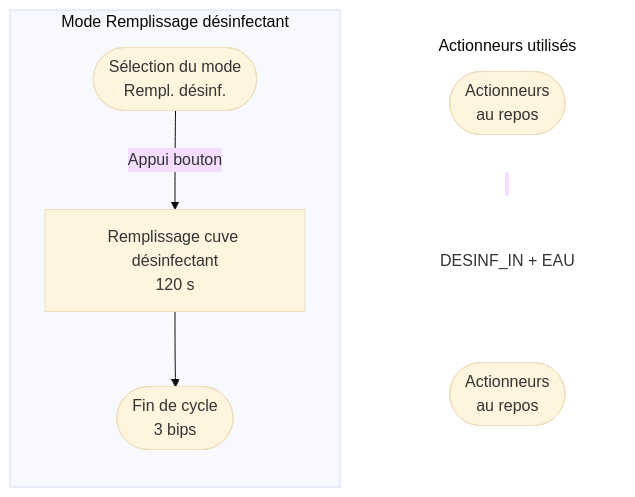
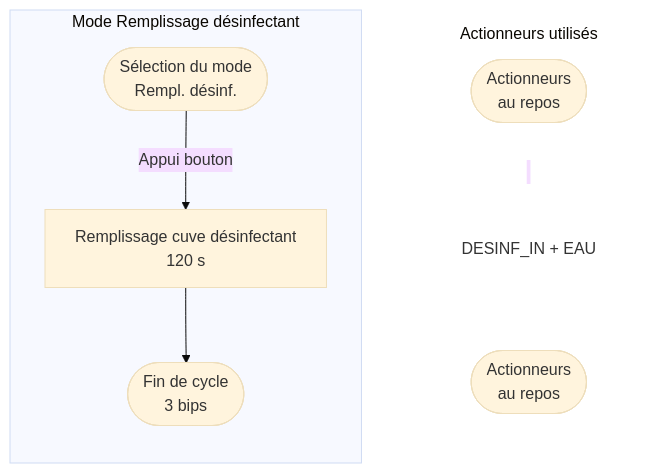
The ninth of 11 diagrams in docs/FR/GRAFCET_TOUS_MODES.md (ecolab07/kegwasher), drawn with Mermaid (base theme) before and after one commit. The commit also changed other lines of this file, not shown here.

````diff
--- a/docs/FR/GRAFCET_TOUS_MODES.md
+++ b/docs/FR/GRAFCET_TOUS_MODES.md
@@ -470,20 +470,20 @@
 ```mermaid
 flowchart TD
     subgraph ACTUATORS["Actionneurs utilisés"]
     direction TD
         A(["Actionneurs<br/>au repos"])
         B("DESINF_IN&nbsp;+&nbsp;EAU")
         E(["Actionneurs<br/>au repos"])
         A ~~~ |&nbsp;| B ~~~ E
     end
     style ACTUATORS fill:none,stroke:none
     style B fill:none,stroke:none
     subgraph STEPS["Mode Remplissage désinfectant"]
         direction TB
         Start(["Sélection du mode<br/>Rempl. désinf."])
-        Fill["Remplissage cuve désinfectant<br/>120 s"]
+        Fill["Remplissage&nbsp;cuve&nbsp;désinfectant<br/>120 s"]
         End(["Fin de cycle<br/>3 bips"])
         Start -->|Appui bouton| Fill
         Fill --> End
     end
 ```
````
